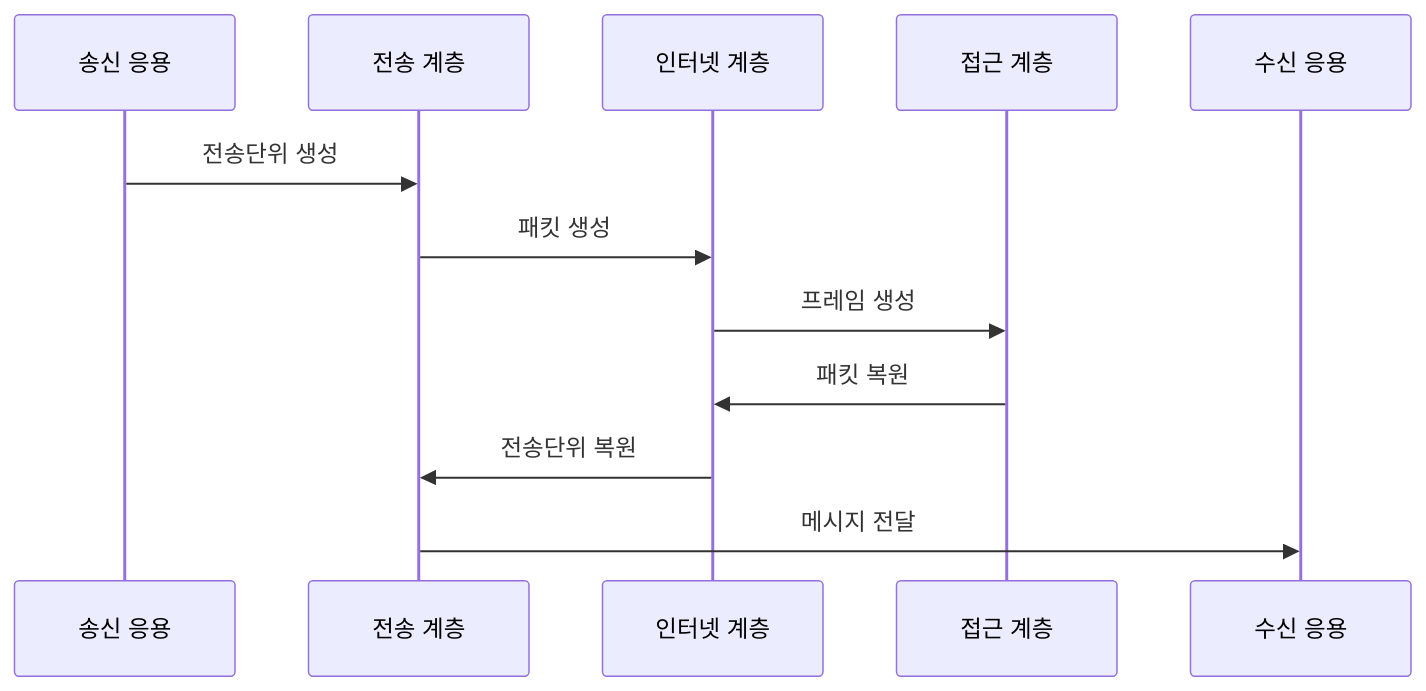
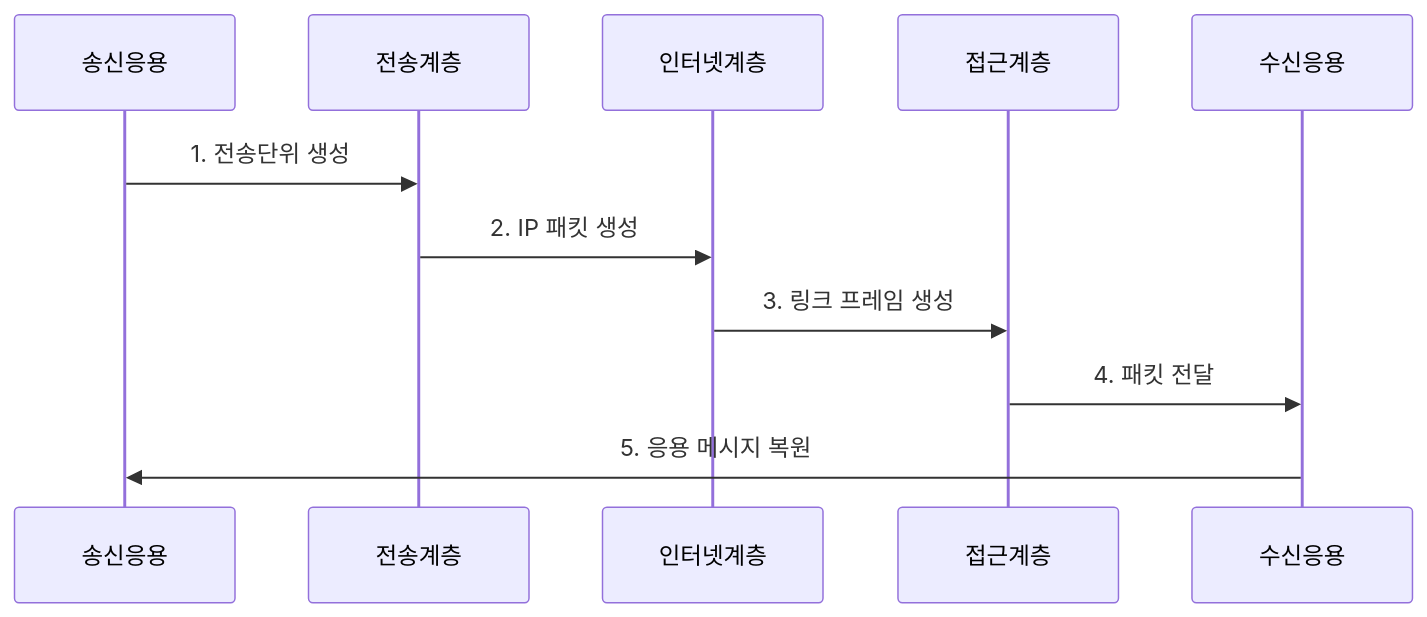
One commit to agnusdei1207/knowledge-base changed the second of 2 diagrams in src/content/docs/notes/04-network/002_tcp_ip_model.md. Above: the diagram before and after it, drawn with Mermaid. The commit also changed other lines of this file and 20 other files, not shown here.

````diff
--- a/src/content/docs/notes/04-network/002_tcp_ip_model.md
+++ b/src/content/docs/notes/04-network/002_tcp_ip_model.md
@@ -79,14 +81,13 @@
 ```mermaid
 sequenceDiagram
-    participant A as 송신 응용
-    participant T as 전송 계층
-    participant I as 인터넷 계층
-    participant L as 접근 계층
-    participant R as 수신 응용
-    A->>T: 전송단위 생성
-    T->>I: 패킷 생성
-    I->>L: 프레임 생성
-    L->>I: 패킷 복원
-    I->>T: 전송단위 복원
-    T->>R: 메시지 전달
+    participant 송신응용
+    participant 전송계층
+    participant 인터넷계층
+    participant 접근계층
+    participant 수신응용
+    송신응용->>전송계층: 1. 전송단위 생성
+    전송계층->>인터넷계층: 2. IP 패킷 생성
+    인터넷계층->>접근계층: 3. 링크 프레임 생성
+    접근계층->>수신응용: 4. 패킷 전달
+    수신응용->>송신응용: 5. 응용 메시지 복원
 ```
````
